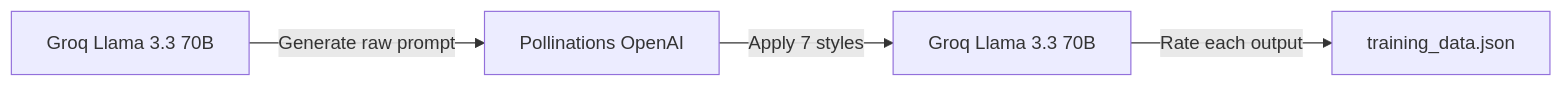
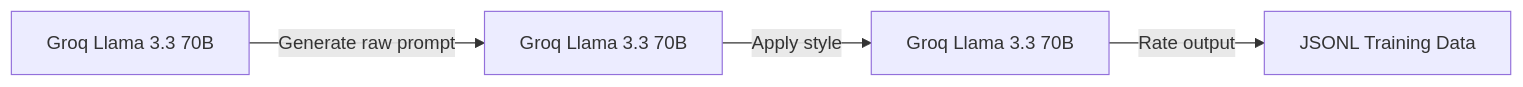
The diagram in ai_testing/README.md (kezv166-web/PromptStyler-main), drawn with Mermaid before and after one commit. The commit also changed other lines of this file and 14 other files, not shown here.

````diff
--- a/ai_testing/README.md
+++ b/ai_testing/README.md
@@ -7,6 +7,6 @@
 ```mermaid
 flowchart LR
-    A[Groq Llama 3.3 70B] -->|Generate raw prompt| B[Pollinations OpenAI]
-    B -->|Apply 7 styles| C[Groq Llama 3.3 70B]
-    C -->|Rate each output| D[training_data.json]
+    A[Groq Llama 3.3 70B] -->|Generate raw prompt| B[Groq Llama 3.3 70B]
+    B -->|Apply style| C[Groq Llama 3.3 70B]
+    C -->|Rate output| D[JSONL Training Data]
 ```
````
